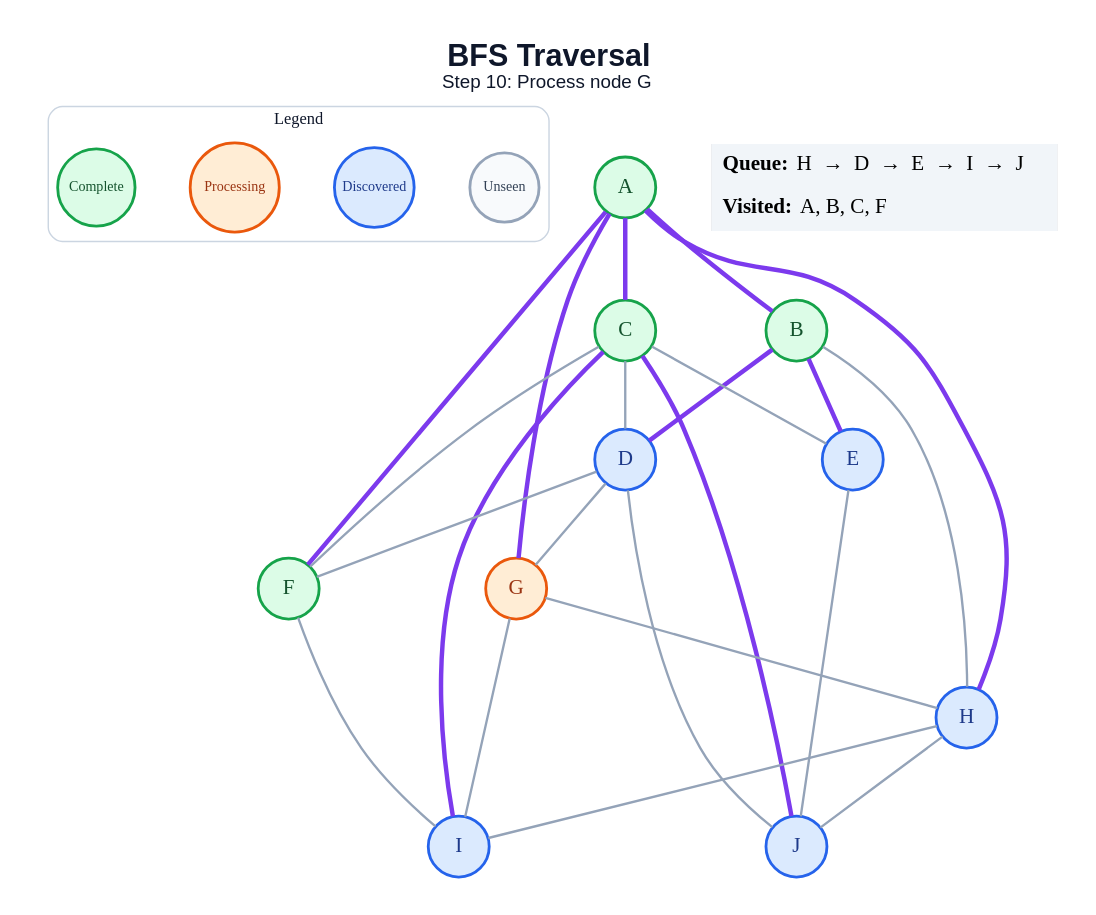
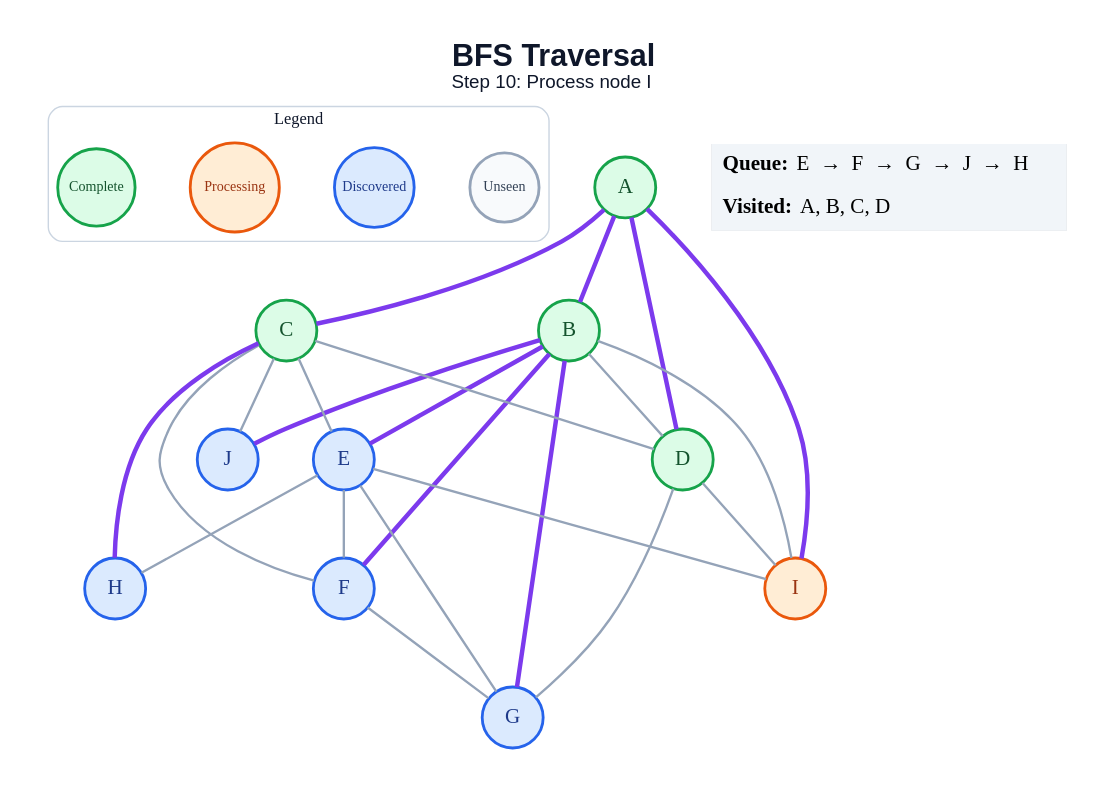
One commit to amanghodawala9/ai-slop changed the diagram in generated/bfs/step_10.dot. Above: the diagram before and after it, drawn with Graphviz. The commit also changed 178 other files, not shown here.

```diff
--- a/generated/bfs/step_10.dot
+++ b/generated/bfs/step_10.dot
@@ -1,51 +1,51 @@
 graph traversal {
   graph [layout=dot, rankdir=TB, bgcolor="#FFFFFF", pad="0.35", nodesep="0.65", ranksep="0.8", fontname="Arial"];
   node [shape=circle, style="filled", fontname="Arial Bold", fontsize=18, width=0.72, fixedsize=true, penwidth=2.4];
   edge [color="#94A3B8", penwidth=2.0];
-  label=<<B>BFS Traversal</B><BR/><FONT POINT-SIZE="16">Step 10: Process node G</FONT>>; labelloc="t"; fontsize=26; fontname="Arial"; fontcolor="#0F172A";
+  label=<<B>BFS Traversal</B><BR/><FONT POINT-SIZE="16">Step 10: Process node I</FONT>>; labelloc="t"; fontsize=26; fontname="Arial"; fontcolor="#0F172A";
   subgraph cluster_legend { label="Legend"; color="#CBD5E1"; penwidth=1.2; style="rounded"; fontsize=14; fontname="Arial Bold";
     key_unseen [label="Unseen", fillcolor="#F8FAFC", color="#94A3B8", fontcolor="#334155", fontsize=12, width=0.82];
     key_frontier [label="Discovered", fillcolor="#DBEAFE", color="#2563EB", fontcolor="#1E3A8A", fontsize=12, width=0.95];
     key_current [label="Processing", fillcolor="#FFEDD5", color="#EA580C", fontcolor="#9A3412", fontsize=12, width=1.05];
     key_done [label="Complete", fillcolor="#DCFCE7", color="#16A34A", fontcolor="#14532D", fontsize=12, width=0.92];
     { rank=same; key_unseen; key_frontier; key_current; key_done; }
   }
   A [fillcolor="#DCFCE7", color="#16A34A", fontcolor="#14532D"];
   B [fillcolor="#DCFCE7", color="#16A34A", fontcolor="#14532D"];
   C [fillcolor="#DCFCE7", color="#16A34A", fontcolor="#14532D"];
-  D [fillcolor="#DBEAFE", color="#2563EB", fontcolor="#1E3A8A"];
+  D [fillcolor="#DCFCE7", color="#16A34A", fontcolor="#14532D"];
   E [fillcolor="#DBEAFE", color="#2563EB", fontcolor="#1E3A8A"];
-  F [fillcolor="#DCFCE7", color="#16A34A", fontcolor="#14532D"];
-  G [fillcolor="#FFEDD5", color="#EA580C", fontcolor="#9A3412"];
+  F [fillcolor="#DBEAFE", color="#2563EB", fontcolor="#1E3A8A"];
+  G [fillcolor="#DBEAFE", color="#2563EB", fontcolor="#1E3A8A"];
   H [fillcolor="#DBEAFE", color="#2563EB", fontcolor="#1E3A8A"];
-  I [fillcolor="#DBEAFE", color="#2563EB", fontcolor="#1E3A8A"];
+  I [fillcolor="#FFEDD5", color="#EA580C", fontcolor="#9A3412"];
   J [fillcolor="#DBEAFE", color="#2563EB", fontcolor="#1E3A8A"];
   A -- B [color="#7C3AED", penwidth=3.8];
   A -- C [color="#7C3AED", penwidth=3.8];
-  A -- F [color="#7C3AED", penwidth=3.8];
-  A -- G [color="#7C3AED", penwidth=3.8];
-  A -- H [color="#7C3AED", penwidth=3.8];
-  B -- D [color="#7C3AED", penwidth=3.8];
+  A -- D [color="#7C3AED", penwidth=3.8];
+  A -- I [color="#7C3AED", penwidth=3.8];
+  B -- D;
   B -- E [color="#7C3AED", penwidth=3.8];
-  B -- H;
+  B -- F [color="#7C3AED", penwidth=3.8];
+  B -- G [color="#7C3AED", penwidth=3.8];
+  B -- I;
+  B -- J [color="#7C3AED", penwidth=3.8];
   C -- D;
   C -- E;
   C -- F;
-  C -- I [color="#7C3AED", penwidth=3.8];
-  C -- J [color="#7C3AED", penwidth=3.8];
-  D -- F;
+  C -- H [color="#7C3AED", penwidth=3.8];
+  C -- J;
   D -- G;
-  D -- J;
-  E -- J;
-  F -- I;
-  G -- H;
-  G -- I;
-  H -- I;
-  H -- J;
+  D -- I;
+  E -- F;
+  E -- G;
+  E -- H;
+  E -- I;
+  F -- G;
   status [shape=plain, fixedsize=false, width=0, height=0, margin=0, label=<
     <TABLE BORDER="0" CELLBORDER="0" CELLPADDING="7" BGCOLOR="#F1F5F9">
-      <TR><TD ALIGN="LEFT"><B>Queue:</B> H  →  D  →  E  →  I  →  J</TD></TR>
-      <TR><TD ALIGN="LEFT"><B>Visited:</B> A, B, C, F</TD></TR>
+      <TR><TD ALIGN="LEFT"><B>Queue:</B> E  →  F  →  G  →  J  →  H</TD></TR>
+      <TR><TD ALIGN="LEFT"><B>Visited:</B> A, B, C, D</TD></TR>
     </TABLE>
   >];
 }
```
